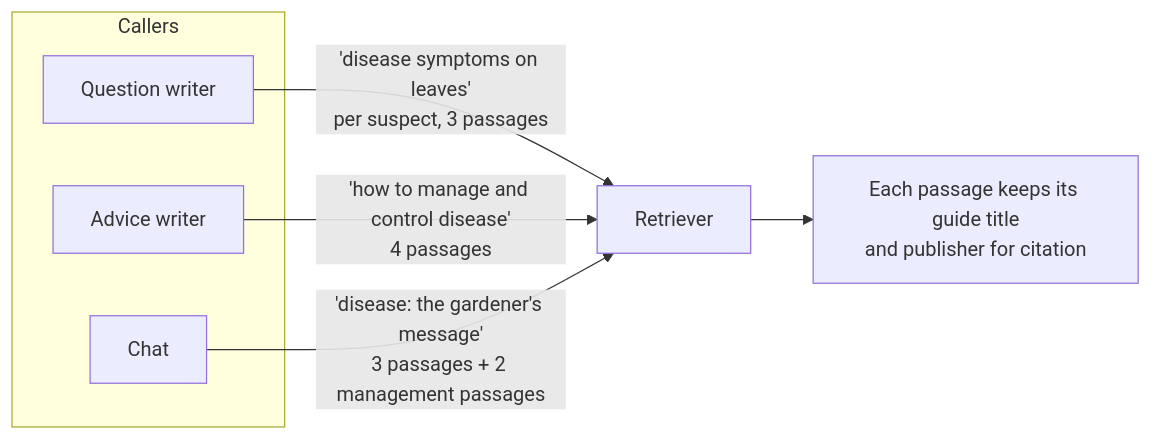
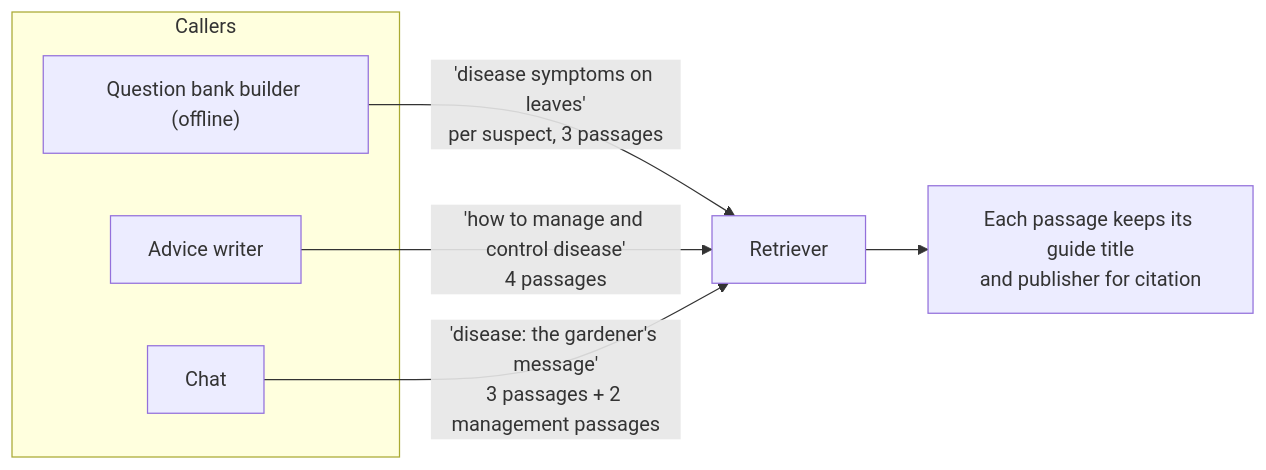
The third of 3 diagrams in docs/architecture/guide-search.md (aakashksen/sprout), drawn with Mermaid before and after one commit. The commit also changed other lines of this file and 10 other files, not shown here.

Commit message:
Describe the follow-up question engine (E18) in the README, site and architecture pages; fix test count and split wording

````diff
--- a/docs/architecture/guide-search.md
+++ b/docs/architecture/guide-search.md
@@ -46,12 +46,12 @@
 ```mermaid
 flowchart LR
     subgraph Uses ["Callers"]
-        QW["Question writer"]
+        QW["Question bank builder (offline)"]
         AW["Advice writer"]
         CH["Chat"]
     end
     QW -->|"'disease symptoms on leaves'<br/>per suspect, 3 passages"| R["Retriever"]
     AW -->|"'how to manage and control disease'<br/>4 passages"| R
     CH -->|"'disease: the gardener's message'<br/>3 passages + 2 management passages"| R
     R --> SRC2["Each passage keeps its guide title<br/>and publisher for citation"]
 ```
````
